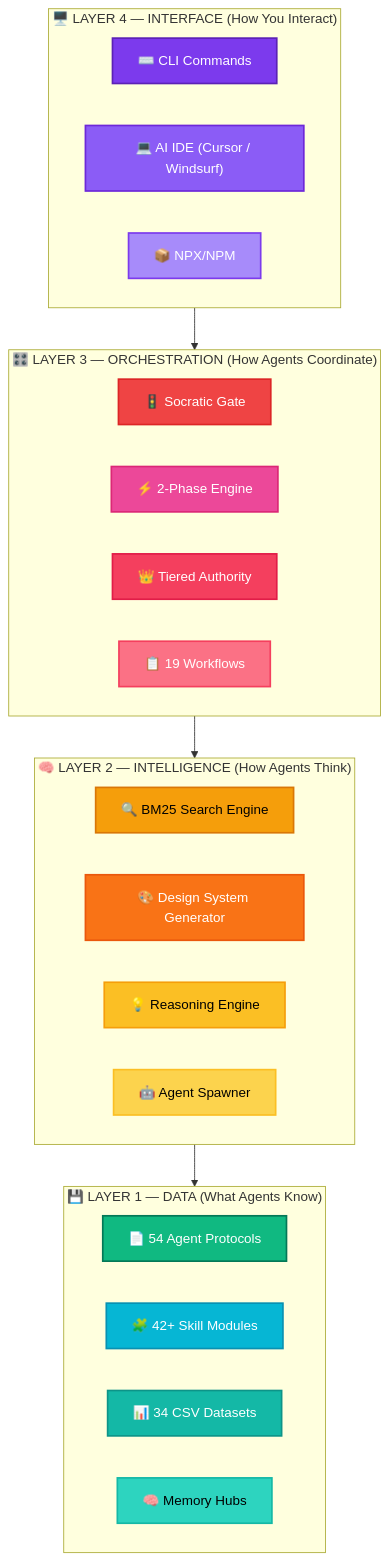
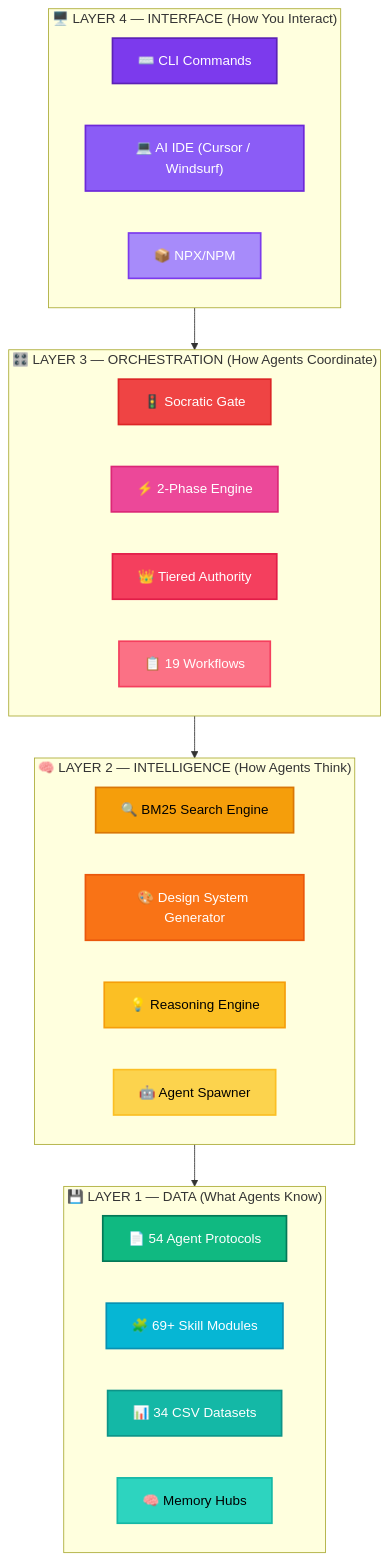
One commit to Ab-aswini/Agent-kit-P1 changed the third of 7 diagrams in README.md. Above: the diagram before and after it, drawn with Mermaid. The commit also changed other lines of this file and 60 other files, not shown here.

````diff
--- a/README.md
+++ b/README.md
@@ -254,51 +263,51 @@
 ```mermaid
 %%{init: {'theme': 'default'}}%%
 
 graph TD
   subgraph L4["🖥️ LAYER 4 — INTERFACE  (How You Interact)"]
     CLI["⌨️ CLI Commands"]
     IDE["💻 AI IDE (Cursor / Windsurf)"]
     NPX["📦 NPX/NPM"]
   end
 
   subgraph L3["🎛️ LAYER 3 — ORCHESTRATION  (How Agents Coordinate)"]
     GATE["🚦 Socratic Gate"]
     PHASE["⚡ 2-Phase Engine"]
     GOV["👑 Tiered Authority"]
     WF["📋 19 Workflows"]
   end
 
   subgraph L2["🧠 LAYER 2 — INTELLIGENCE  (How Agents Think)"]
     BM25["🔍 BM25 Search Engine"]
     DSG["🎨 Design System Generator"]
     REASON["💡 Reasoning Engine"]
     SPAWN["🤖 Agent Spawner"]
   end
 
   subgraph L1["💾 LAYER 1 — DATA  (What Agents Know)"]
     AGENTS["📄 54 Agent Protocols"]
-    SKILLS["🧩 42+ Skill Modules"]
+    SKILLS["🧩 69+ Skill Modules"]
     CSV["📊 34 CSV Datasets"]
     MEM["🧠 Memory Hubs"]
   end
 
   L4 --> L3
   L3 --> L2
   L2 --> L1
 
   style CLI fill:#7C3AED,stroke:#5B21B6,stroke-width:2px,color:#fff
   style IDE fill:#8B5CF6,stroke:#6D28D9,stroke-width:2px,color:#fff
   style NPX fill:#A78BFA,stroke:#7C3AED,stroke-width:2px,color:#fff
   style GATE fill:#EF4444,stroke:#DC2626,stroke-width:2px,color:#fff
   style PHASE fill:#EC4899,stroke:#DB2777,stroke-width:2px,color:#fff
   style GOV fill:#F43F5E,stroke:#E11D48,stroke-width:2px,color:#fff
   style WF fill:#FB7185,stroke:#F43F5E,stroke-width:2px,color:#fff
   style BM25 fill:#F59E0B,stroke:#D97706,stroke-width:2px,color:#000
   style DSG fill:#F97316,stroke:#EA580C,stroke-width:2px,color:#fff
   style REASON fill:#FBBF24,stroke:#F59E0B,stroke-width:2px,color:#000
   style SPAWN fill:#FCD34D,stroke:#FBBF24,stroke-width:2px,color:#000
   style AGENTS fill:#10B981,stroke:#047857,stroke-width:2px,color:#fff
   style SKILLS fill:#06B6D4,stroke:#0891B2,stroke-width:2px,color:#fff
   style CSV fill:#14B8A6,stroke:#0D9488,stroke-width:2px,color:#fff
   style MEM fill:#2DD4BF,stroke:#14B8A6,stroke-width:2px,color:#000
 ```
````
